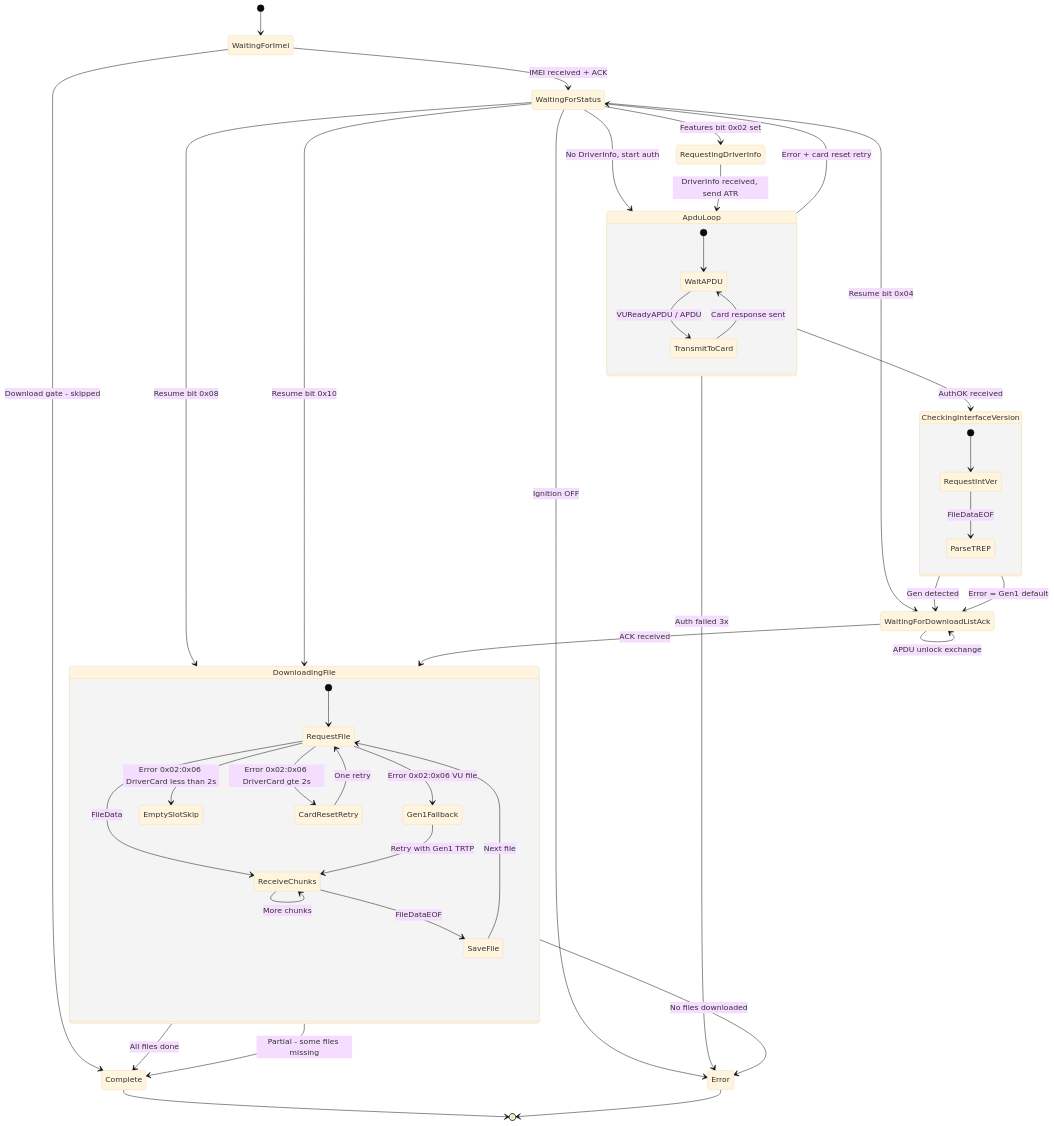
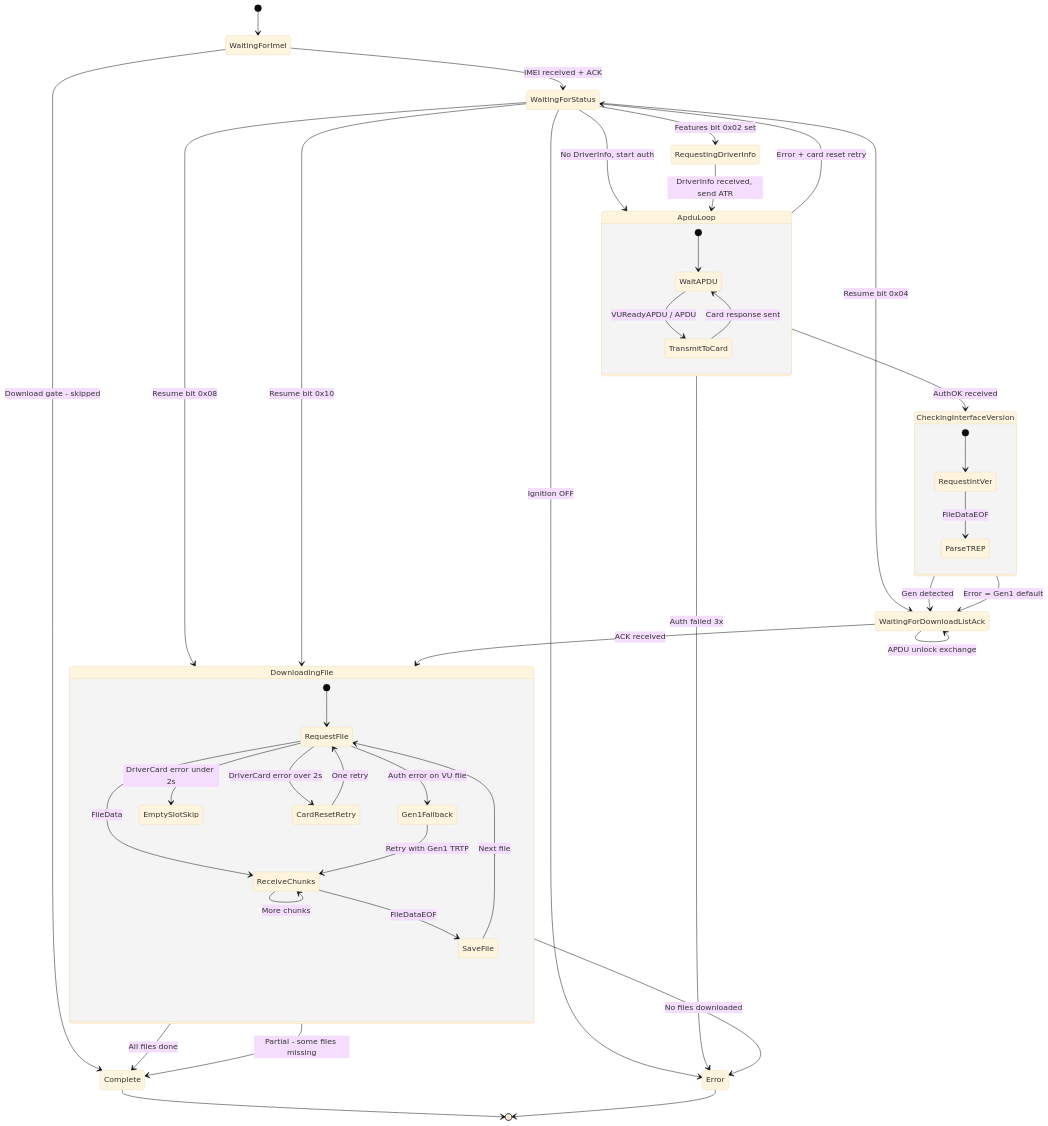
The fourth of 9 diagrams in docs/ARCHITECTURE.md (Triktrak-ai/teltest-87fc9cef), drawn with Mermaid (base theme) before and after one commit.

````diff
--- a/docs/ARCHITECTURE.md
+++ b/docs/ARCHITECTURE.md
@@ -358,54 +358,54 @@
 ```mermaid
 stateDiagram-v2
     [*] --> WaitingForImei
 
     WaitingForImei --> WaitingForStatus : IMEI received + ACK
     WaitingForImei --> Complete : Download gate - skipped
 
     WaitingForStatus --> Error : Ignition OFF
     WaitingForStatus --> RequestingDriverInfo : Features bit 0x02 set
     WaitingForStatus --> ApduLoop : No DriverInfo, start auth
     WaitingForStatus --> WaitingForDownloadListAck : Resume bit 0x04
     WaitingForStatus --> DownloadingFile : Resume bit 0x08
     WaitingForStatus --> DownloadingFile : Resume bit 0x10
 
     RequestingDriverInfo --> ApduLoop : DriverInfo received, send ATR
 
     state ApduLoop {
         [*] --> WaitAPDU
         WaitAPDU --> TransmitToCard : VUReadyAPDU / APDU
         TransmitToCard --> WaitAPDU : Card response sent
     }
     ApduLoop --> CheckingInterfaceVersion : AuthOK received
     ApduLoop --> Error : Auth failed 3x
     ApduLoop --> WaitingForStatus : Error + card reset retry
 
     state CheckingInterfaceVersion {
         [*] --> RequestIntVer
         RequestIntVer --> ParseTREP : FileDataEOF
     }
     CheckingInterfaceVersion --> WaitingForDownloadListAck : Gen detected
     CheckingInterfaceVersion --> WaitingForDownloadListAck : Error = Gen1 default
 
     WaitingForDownloadListAck --> DownloadingFile : ACK received
     WaitingForDownloadListAck --> WaitingForDownloadListAck : APDU unlock exchange
 
     state DownloadingFile {
         [*] --> RequestFile
         RequestFile --> ReceiveChunks : FileData
         ReceiveChunks --> ReceiveChunks : More chunks
         ReceiveChunks --> SaveFile : FileDataEOF
         SaveFile --> RequestFile : Next file
-        RequestFile --> Gen1Fallback : Error 0x02:0x06 VU file
+        RequestFile --> Gen1Fallback : Auth error on VU file
         Gen1Fallback --> ReceiveChunks : Retry with Gen1 TRTP
-        RequestFile --> EmptySlotSkip : Error 0x02:0x06 DriverCard less than 2s
-        RequestFile --> CardResetRetry : Error 0x02:0x06 DriverCard gte 2s
+        RequestFile --> EmptySlotSkip : DriverCard error under 2s
+        RequestFile --> CardResetRetry : DriverCard error over 2s
         CardResetRetry --> RequestFile : One retry
     }
     DownloadingFile --> Complete : All files done
     DownloadingFile --> Complete : Partial - some files missing
     DownloadingFile --> Error : No files downloaded
 
     Complete --> [*]
     Error --> [*]
 ```
````
